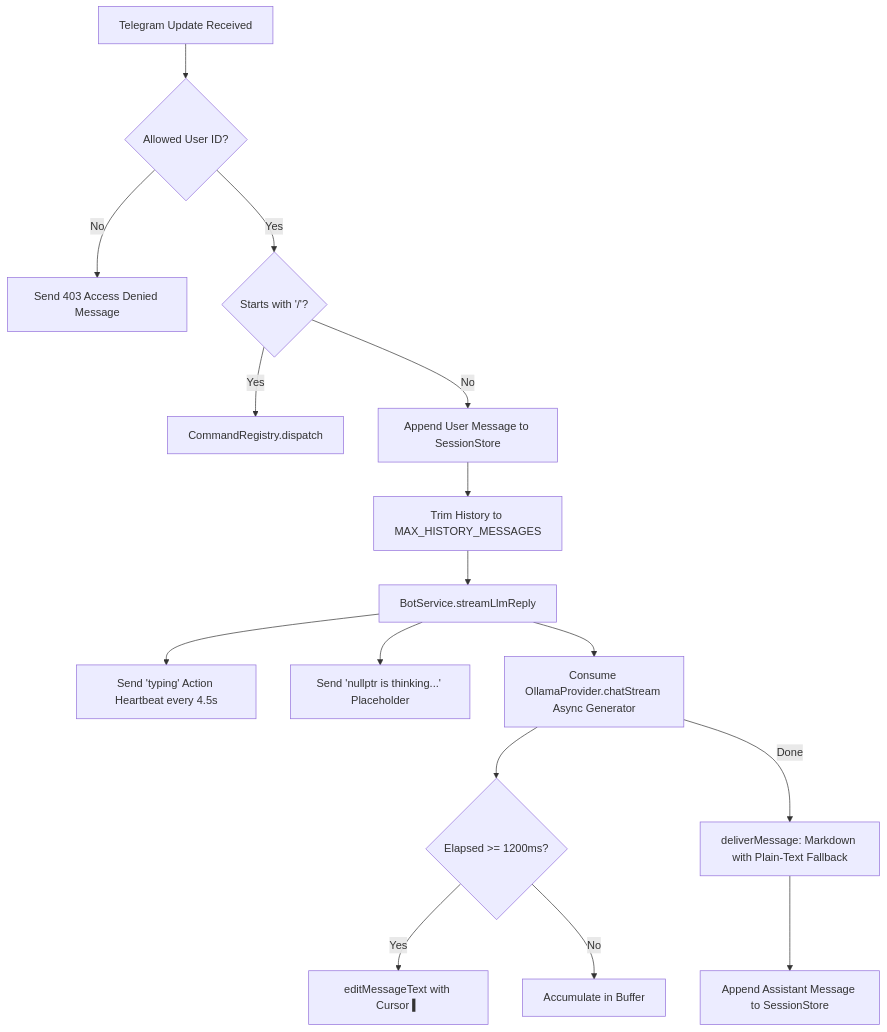
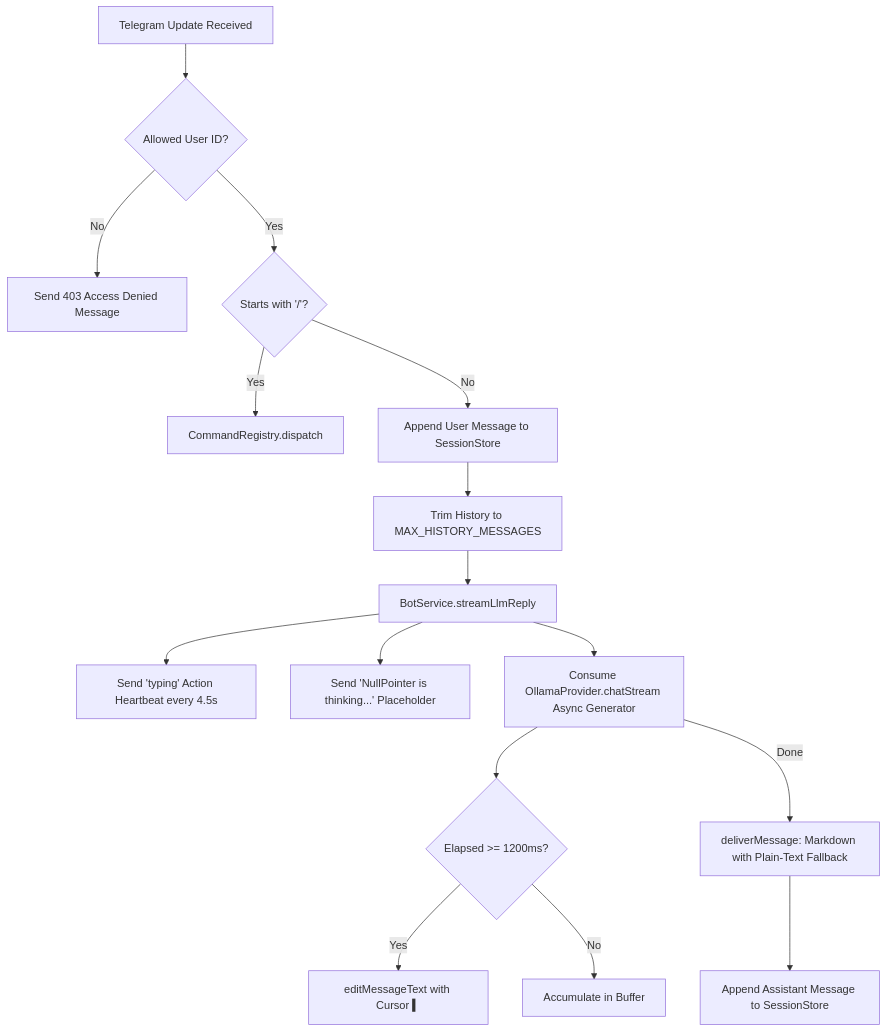
One commit to imshawan/nullptr-tg-bot-service changed the diagram in .agents/skills/telegram-llm-streaming/SKILL.md. Above: the diagram before and after it, drawn with Mermaid. The commit also changed 3 other files, not shown here.

Commit message:
chore: Update references from "nullptr" to "NullPointer" in SKILL.md and bot.service.ts

````diff
--- a/.agents/skills/telegram-llm-streaming/SKILL.md
+++ b/.agents/skills/telegram-llm-streaming/SKILL.md
@@ -37,18 +37,18 @@
 ```mermaid
 flowchart TD
     Update[Telegram Update Received] --> Auth{Allowed User ID?}
     Auth -- No --> Deny[Send 403 Access Denied Message]
     Auth -- Yes --> IsCommand{Starts with '/'?}
     IsCommand -- Yes --> Dispatch[CommandRegistry.dispatch]
     IsCommand -- No --> Session[Append User Message to SessionStore]
     Session --> Trim[Trim History to MAX_HISTORY_MESSAGES]
     Trim --> Stream[BotService.streamLlmReply]
     Stream --> Heartbeat[Send 'typing' Action Heartbeat every 4.5s]
-    Stream --> Placeholder[Send 'nullptr is thinking...' Placeholder]
+    Stream --> Placeholder[Send 'NullPointer is thinking...' Placeholder]
     Stream --> Consume[Consume OllamaProvider.chatStream Async Generator]
     Consume --> Throttle{Elapsed >= 1200ms?}
     Throttle -- Yes --> Edit[editMessageText with Cursor ▍]
     Throttle -- No --> Buffer[Accumulate in Buffer]
     Consume -- Done --> FinalDelivery[deliverMessage: Markdown with Plain-Text Fallback]
     FinalDelivery --> AppendAssistant[Append Assistant Message to SessionStore]
 ```
````
